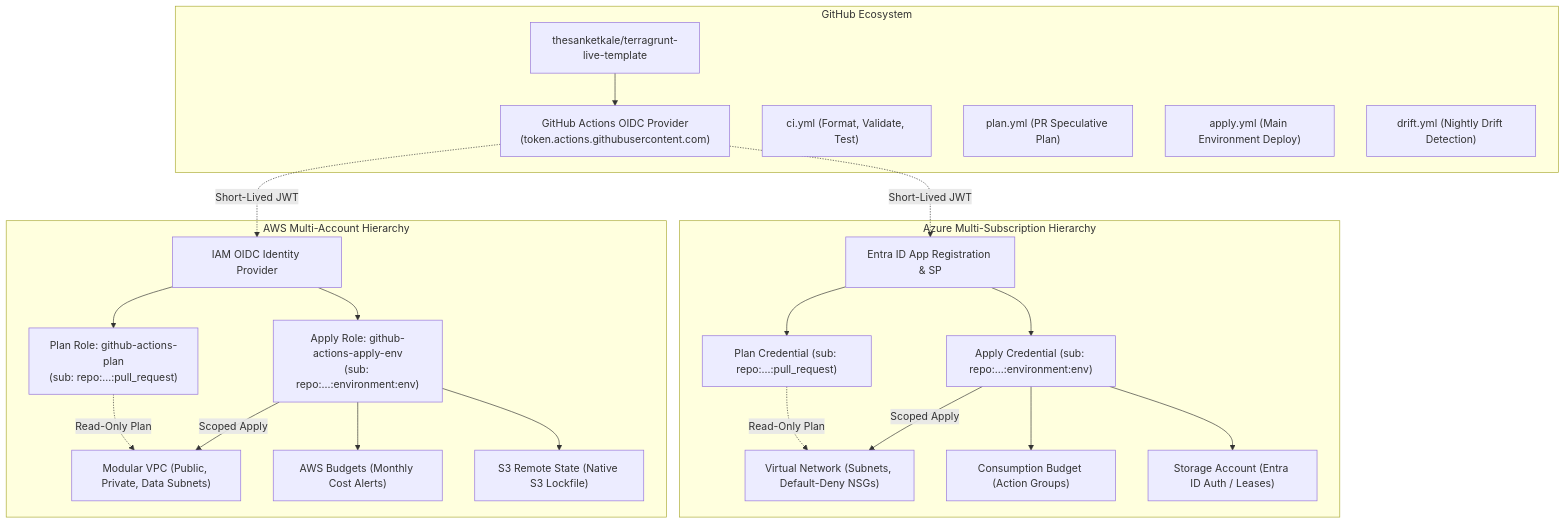
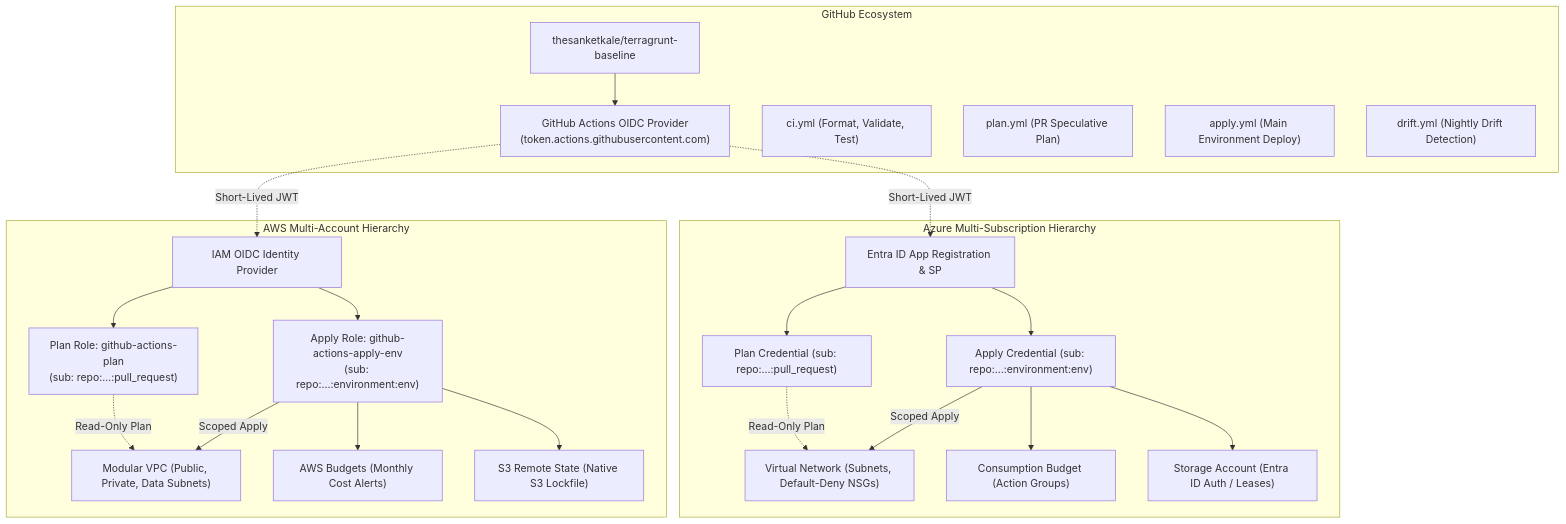
Before and after one commit to thesanketkale/terragrunt-baseline: the diagram in README.md, drawn with Mermaid. The commit also changed other lines of this file, not shown here.

````diff
--- a/README.md
+++ b/README.md
@@ -73,48 +73,48 @@
 ```mermaid
 graph TD
     subgraph GitHub["GitHub Ecosystem"]
-        Repo["thesanketkale/terragrunt-live-template"]
+        Repo["thesanketkale/terragrunt-baseline"]
         OIDC_Provider["GitHub Actions OIDC Provider<br/>(token.actions.githubusercontent.com)"]
         WF_CI["ci.yml (Format, Validate, Test)"]
         WF_Plan["plan.yml (PR Speculative Plan)"]
         WF_Apply["apply.yml (Main Environment Deploy)"]
         WF_Drift["drift.yml (Nightly Drift Detection)"]
     end
 
     subgraph AWSCloud["AWS Multi-Account Hierarchy"]
         AWS_OIDC["IAM OIDC Identity Provider"]
         AWS_PlanRole["Plan Role: github-actions-plan<br/>(sub: repo:...:pull_request)"]
         AWS_ApplyRole["Apply Role: github-actions-apply-env<br/>(sub: repo:...:environment:env)"]
         AWS_S3["S3 Remote State (Native S3 Lockfile)"]
         AWS_VPC["Modular VPC (Public, Private, Data Subnets)"]
         AWS_Budget["AWS Budgets (Monthly Cost Alerts)"]
     end
 
     subgraph AzureCloud["Azure Multi-Subscription Hierarchy"]
         Azure_App["Entra ID App Registration & SP"]
         Azure_PlanCred["Plan Credential (sub: repo:...:pull_request)"]
         Azure_ApplyCred["Apply Credential (sub: repo:...:environment:env)"]
         Azure_Storage["Storage Account (Entra ID Auth / Leases)"]
         Azure_VNet["Virtual Network (Subnets, Default-Deny NSGs)"]
         Azure_Budget["Consumption Budget (Action Groups)"]
     end
 
     Repo --> OIDC_Provider
     OIDC_Provider -.->|Short-Lived JWT| AWS_OIDC
     OIDC_Provider -.->|Short-Lived JWT| Azure_App
 
     AWS_OIDC --> AWS_PlanRole
     AWS_OIDC --> AWS_ApplyRole
     Azure_App --> Azure_PlanCred
     Azure_App --> Azure_ApplyCred
 
     AWS_PlanRole -.->|Read-Only Plan| AWS_VPC
     AWS_ApplyRole -->|Scoped Apply| AWS_VPC
     AWS_ApplyRole --> AWS_Budget
     AWS_ApplyRole --> AWS_S3
 
     Azure_PlanCred -.->|Read-Only Plan| Azure_VNet
     Azure_ApplyCred -->|Scoped Apply| Azure_VNet
     Azure_ApplyCred --> Azure_Budget
     Azure_ApplyCred --> Azure_Storage
 ```
````
